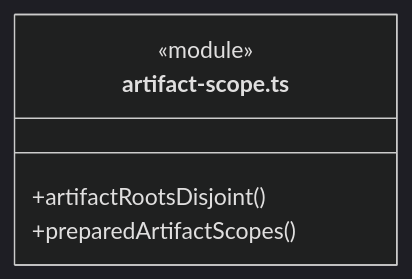
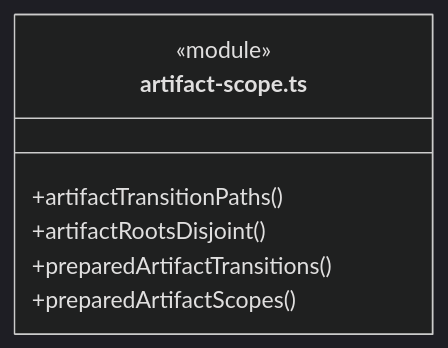
Before and after one commit to nan023062/cbim: the first of 31 diagrams in src/backend/core/workspace/ARCHITECTURE.md, drawn with Mermaid (dark theme). The commit also changed other lines of this file and 62 other files, not shown here.

````diff
--- a/src/backend/core/workspace/ARCHITECTURE.md
+++ b/src/backend/core/workspace/ARCHITECTURE.md
@@ -29,8 +29,10 @@
 ```mermaid
 classDiagram
 class N_src_backend_core_workspace_artifact_scope_ts["artifact-scope.ts"] {
   <<module>>
+  +artifactTransitionPaths()
   +artifactRootsDisjoint()
+  +preparedArtifactTransitions()
   +preparedArtifactScopes()
 }
 ```
````
